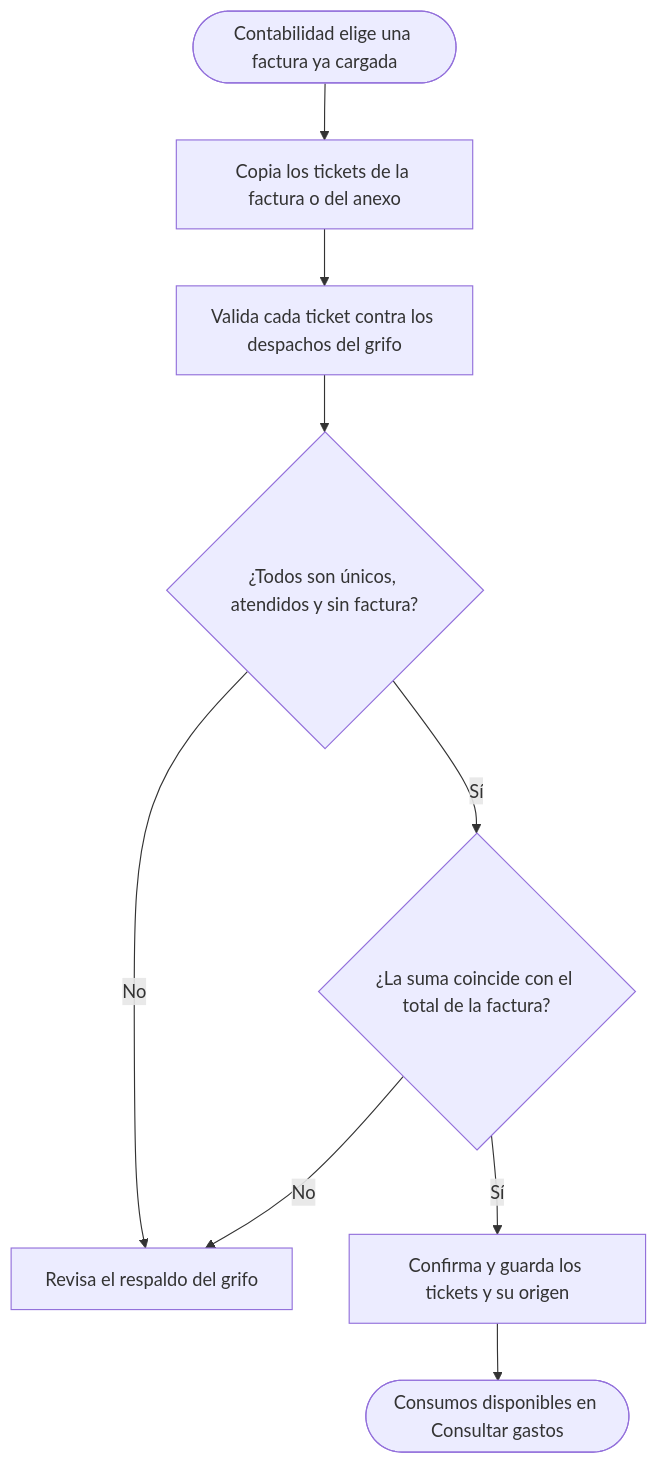
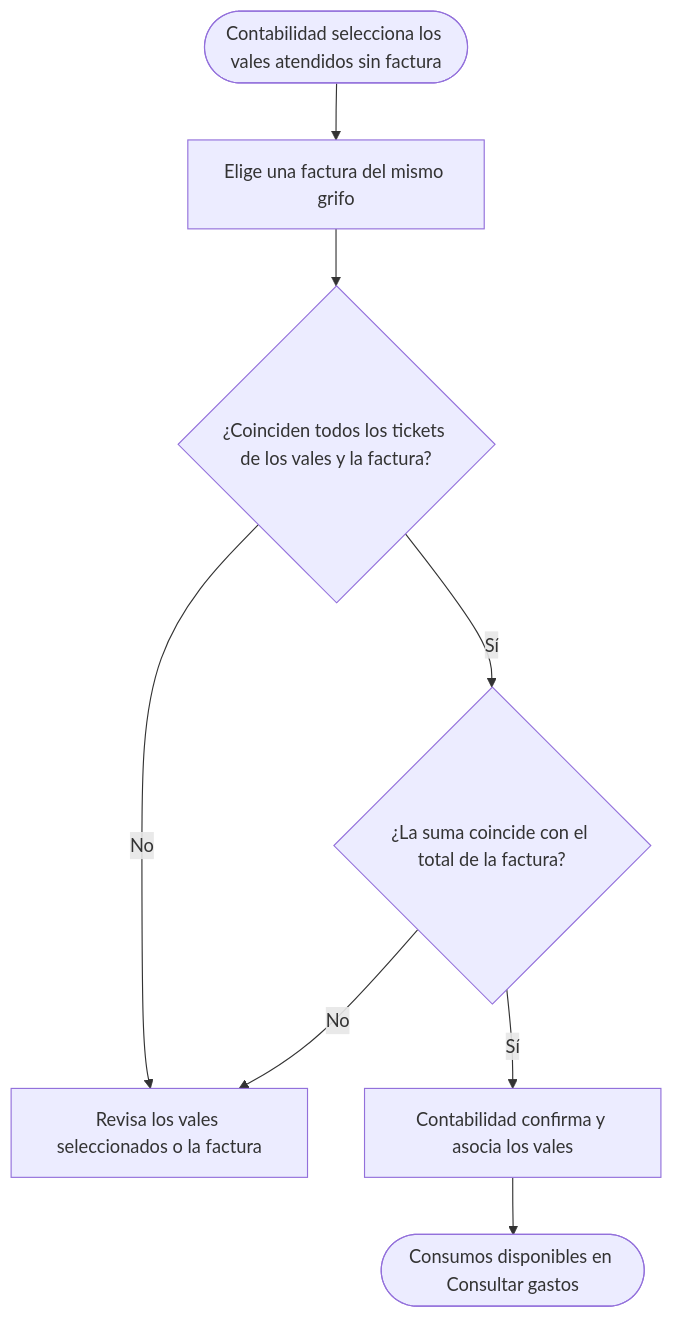
One commit to alexisgg11/services_vales changed the fourth of 8 diagrams in docs/flujos-vales.md. Above: the diagram before and after it, drawn with Mermaid. The commit also changed other lines of this file and 368 other files, not shown here.

````diff
--- a/docs/flujos-vales.md
+++ b/docs/flujos-vales.md
@@ -67,11 +73,10 @@
 ```mermaid
 flowchart TD
-    start(["Contabilidad elige una factura ya cargada"]) --> evidence["Copia los tickets de la factura o del anexo"]
-    evidence --> validate["Valida cada ticket contra los despachos del grifo"]
-    validate --> tickets{"¿Todos son únicos, atendidos y sin factura?"}
-    tickets -->|"No"| correct["Revisa el respaldo del grifo"]
+    start(["Contabilidad selecciona los vales atendidos sin factura"]) --> factura["Elige una factura del mismo grifo"]
+    factura --> tickets{"¿Coinciden todos los tickets de los vales y la factura?"}
+    tickets -->|"No"| correct["Revisa los vales seleccionados o la factura"]
     tickets -->|"Sí"| match{"¿La suma coincide con el total de la factura?"}
     match -->|"No"| correct
-    match -->|"Sí"| confirm["Confirma y guarda los tickets y su origen"]
+    match -->|"Sí"| confirm["Contabilidad confirma y asocia los vales"]
     confirm --> expense(["Consumos disponibles en Consultar gastos"])
 ```
````
